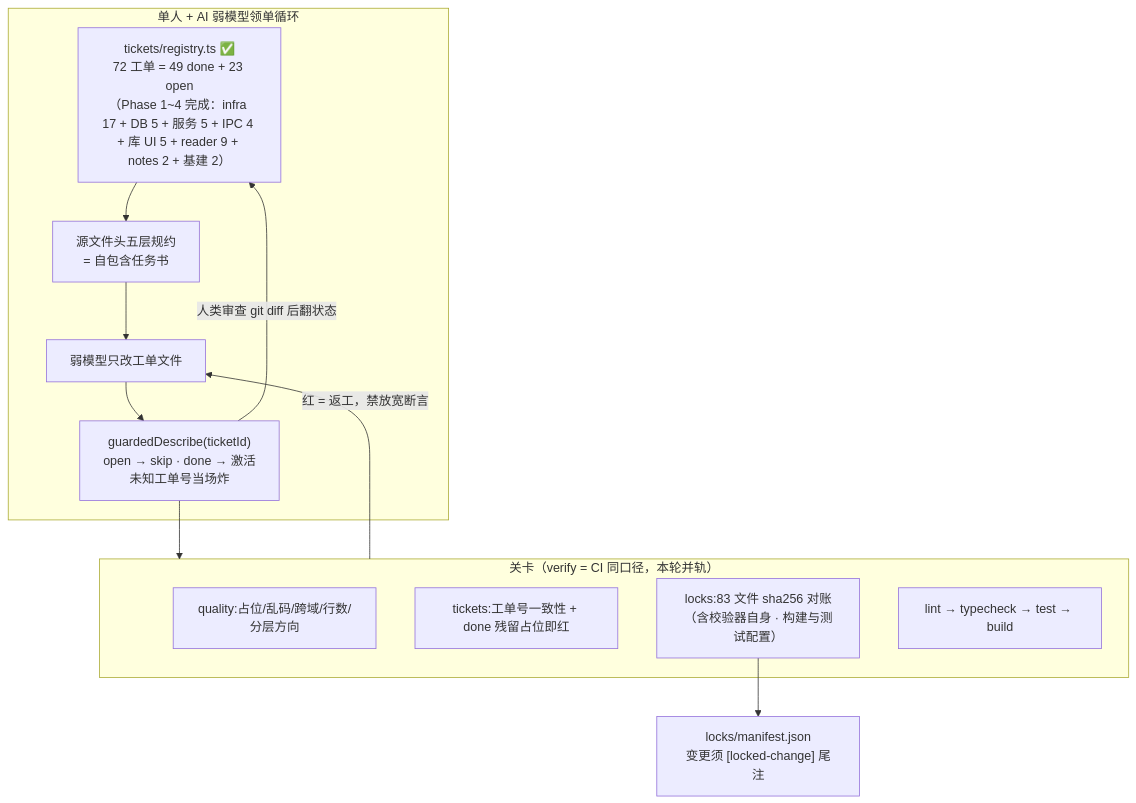
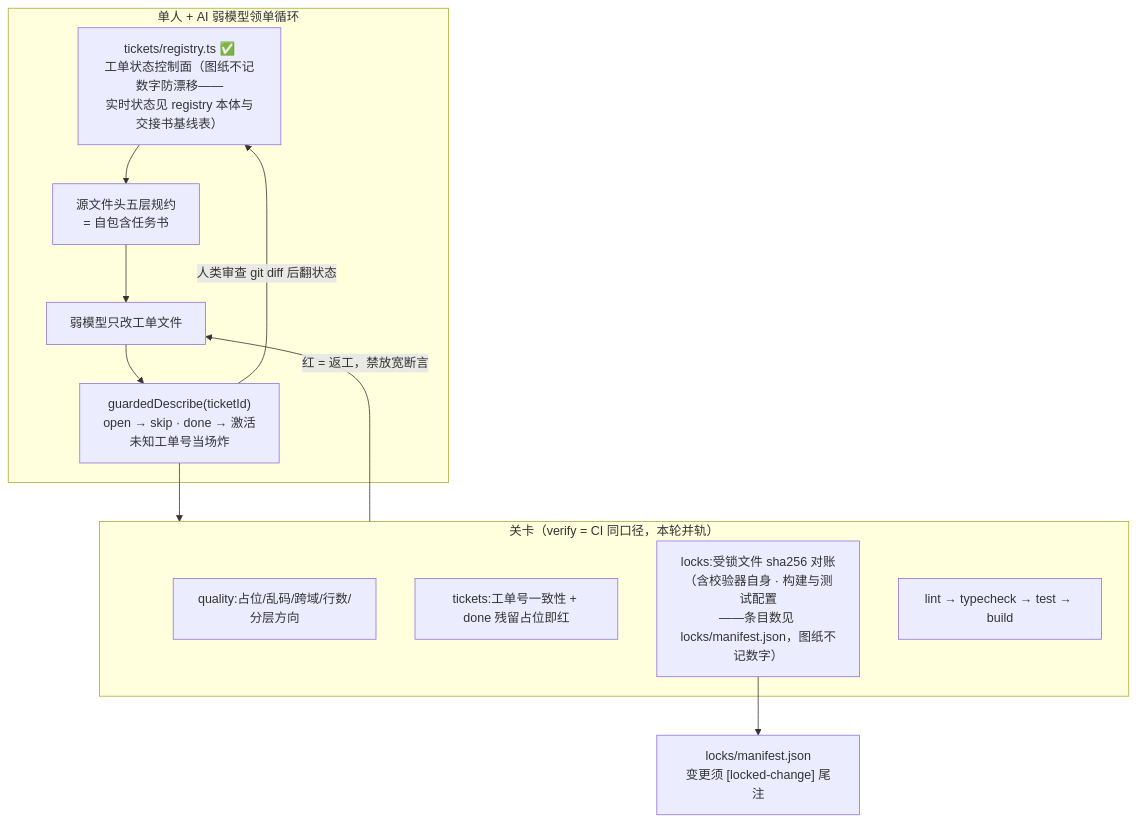
One commit to yyx20040712/Synapse changed the seventh of 8 diagrams in docs/architecture.md. Above: the diagram before and after it, drawn with Mermaid. The commit also changed 7 other files, not shown here.

````diff
--- a/docs/architecture.md
+++ b/docs/architecture.md
@@ -206,20 +206,20 @@
 ```mermaid
 flowchart TB
   subgraph LOOP["单人 + AI 弱模型领单循环"]
-    RG2["tickets/registry.ts ✅<br/>72 工单 = 49 done + 23 open<br/>（Phase 1~4 完成：infra 17 + DB 5 + 服务 5 + IPC 4 + 库 UI 5 + reader 9 + notes 2 + 基建 2）"]
+    RG2["tickets/registry.ts ✅<br/>工单状态控制面（图纸不记数字防漂移——<br/>实时状态见 registry 本体与交接书基线表）"]
     SPEC["源文件头五层规约<br/>= 自包含任务书"]
     IMPL["弱模型只改工单文件"]
     GD["guardedDescribe(ticketId)<br/>open → skip · done → 激活<br/>未知工单号当场炸"]
     RG2 --> SPEC --> IMPL --> GD
     GD -->|"人类审查 git diff 后翻状态"| RG2
   end
   subgraph GATES["关卡（verify = CI 同口径，本轮并轨）"]
     Q["quality:占位/乱码/跨域/行数/分层方向"]
     T["tickets:工单号一致性 + done 残留占位即红"]
-    LK["locks:83 文件 sha256 对账<br/>（含校验器自身 · 构建与测试配置）"]
+    LK["locks:受锁文件 sha256 对账<br/>（含校验器自身 · 构建与测试配置<br/>——条目数见 locks/manifest.json，图纸不记数字）"]
     V["lint → typecheck → test → build"]
   end
   GD --> GATES
   GATES -->|"红 = 返工，禁放宽断言"| IMPL
   LK --> MANIFEST["locks/manifest.json<br/>变更须 [locked-change] 尾注"]
 ```
````
